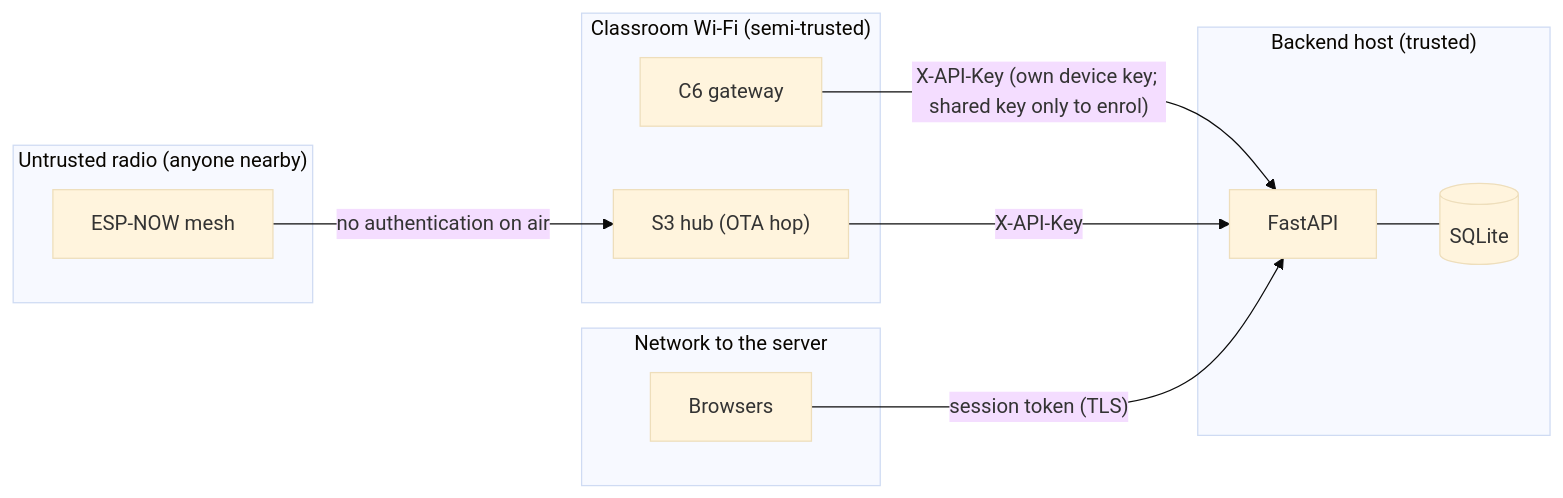
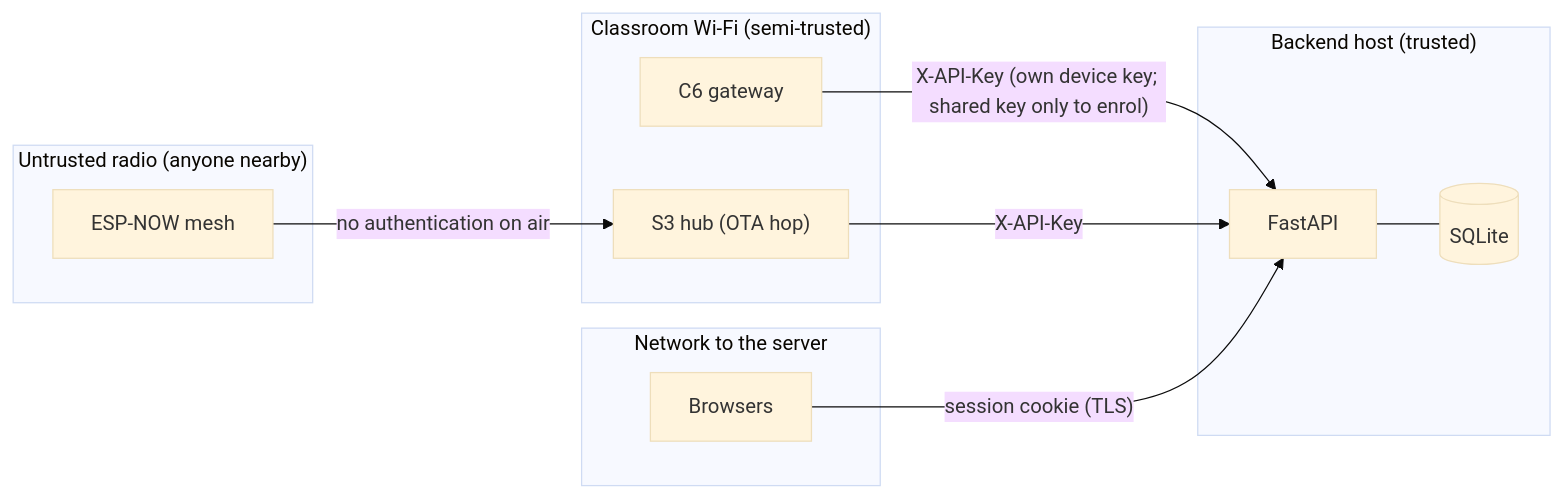
The first of 2 diagrams in docs/design/security-model.md (Kush-Kelaiya22/imPress), drawn with Mermaid (base theme) before and after one commit. The commit also changed other lines of this file and 18 other files, not shown here.

First line of the commit message:
docs: diagrams, placeholders instead of real addresses, 2.1 to 2.2 upgrade

````diff
--- a/docs/design/security-model.md
+++ b/docs/design/security-model.md
@@ -15,20 +15,20 @@
 ```mermaid
 flowchart LR
     subgraph Untrusted["Untrusted radio (anyone nearby)"]
         M["ESP-NOW mesh"]
     end
     subgraph LAN["Classroom Wi-Fi (semi-trusted)"]
         GW["C6 gateway"]
         HUB["S3 hub (OTA hop)"]
     end
     subgraph Internet["Network to the server"]
         BR["Browsers"]
     end
     subgraph Server["Backend host (trusted)"]
         API["FastAPI"] --- DB[("SQLite")]
     end
     M -- "no authentication on air" --> HUB
     GW -- "X-API-Key (own device key; shared key only to enrol)" --> API
     HUB -- "X-API-Key" --> API
-    BR -- "session token (TLS)" --> API
+    BR -- "session cookie (TLS)" --> API
 ```
````
